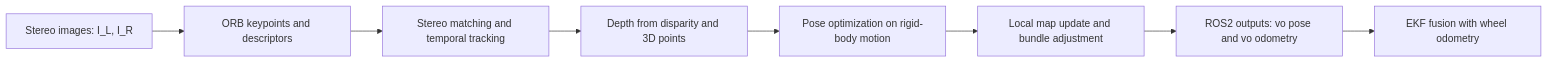
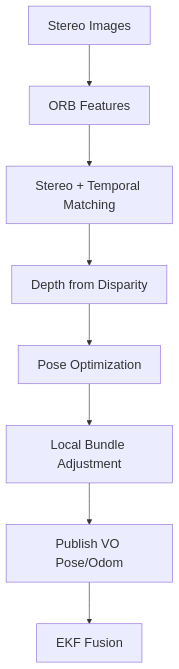
Before and after one commit to SeasonedLeo/RAS_Mobile_Robotics_Vision: the diagram in project/report3.md, drawn with Mermaid.

Commit message:
Updated Flow diagram

````diff
--- a/project/report3.md
+++ b/project/report3.md
@@ -93,10 +93,11 @@
 ```mermaid
-flowchart LR
-  A["Stereo images: I_L, I_R"] --> B["ORB keypoints and descriptors"]
-  B --> C["Stereo matching and temporal tracking"]
-  C --> D["Depth from disparity and 3D points"]
-  D --> E["Pose optimization on rigid-body motion"]
-  E --> F["Local map update and bundle adjustment"]
-  F --> G["ROS2 outputs: vo pose and vo odometry"]
-  G --> H["EKF fusion with wheel odometry"]
+%%{init: {"themeVariables": {"fontSize": "20px"}, "flowchart": {"nodeSpacing": 45, "rankSpacing": 65}}}%%
+flowchart TB
+  A["Stereo Images"] --> B["ORB Features"]
+  B --> C["Stereo + Temporal Matching"]
+  C --> D["Depth from Disparity"]
+  D --> E["Pose Optimization"]
+  E --> F["Local Bundle Adjustment"]
+  F --> G["Publish VO Pose/Odom"]
+  G --> H["EKF Fusion"]
 ```
````
